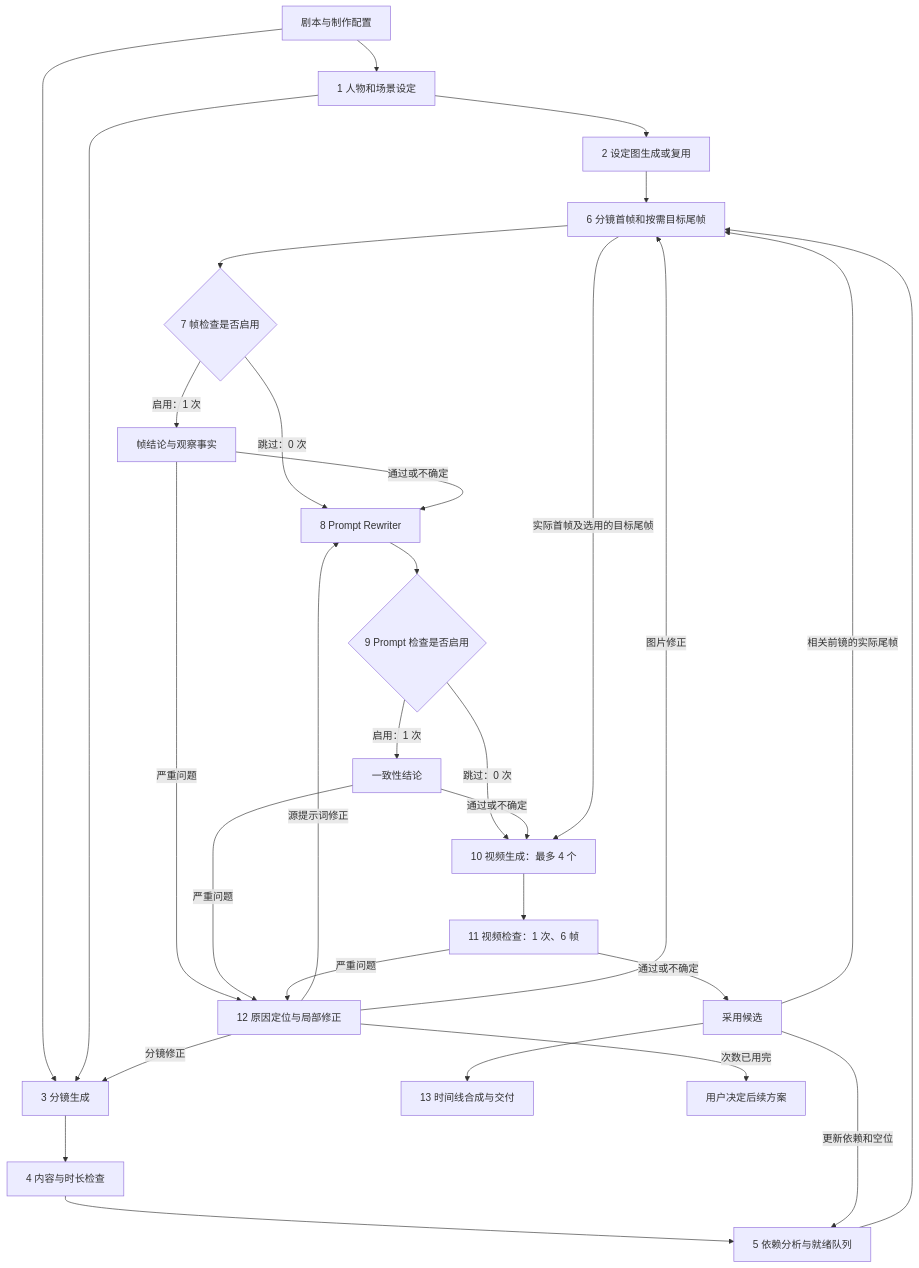
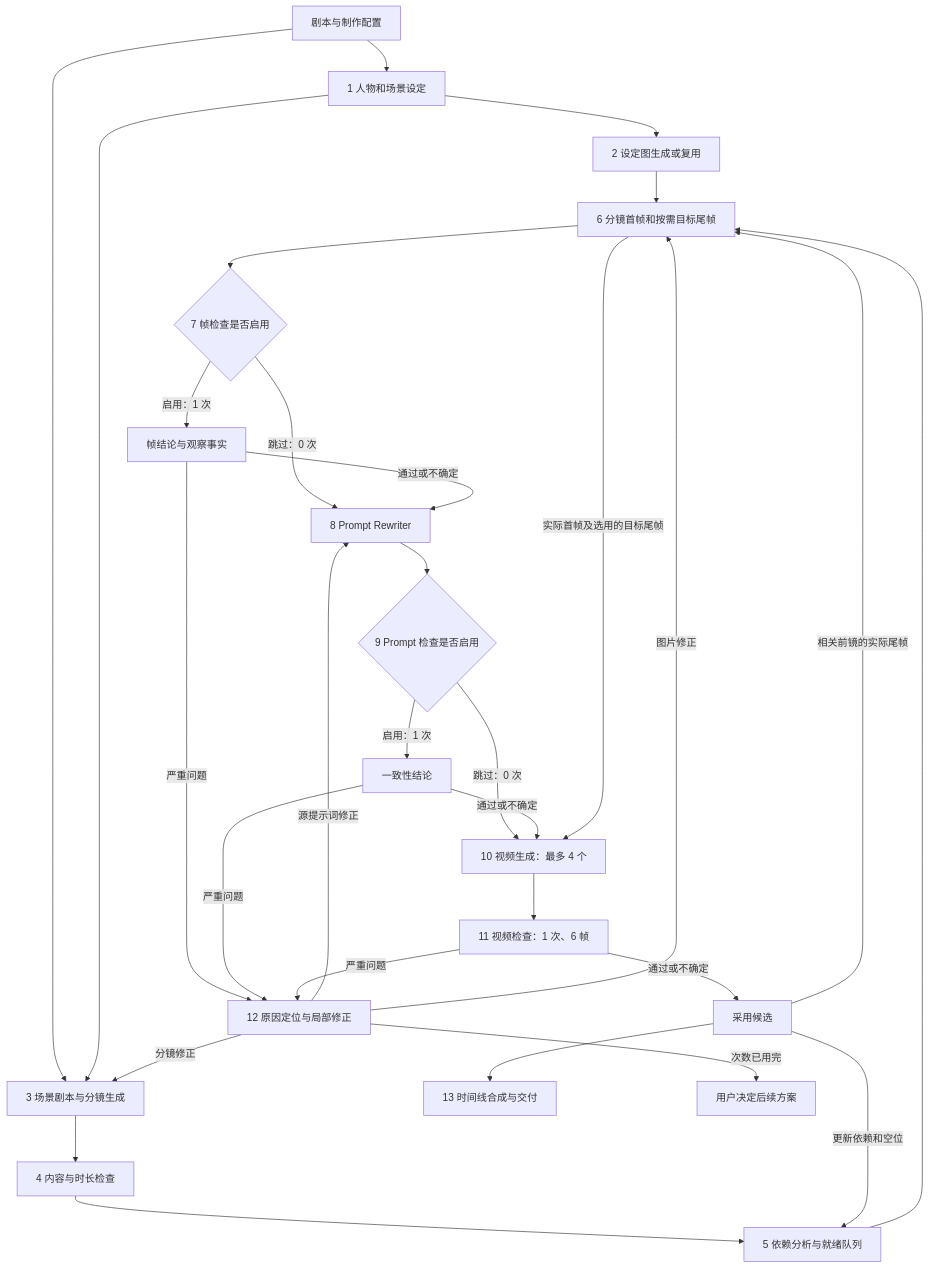
One commit to mooncity0126/story-video-skill changed the diagram in .agents/skills/produce-story-video/references/workflow.md. Above: the diagram before and after it, drawn with Mermaid. The commit also changed other lines of this file and 8 other files, not shown here.

````diff
--- a/.agents/skills/produce-story-video/references/workflow.md
+++ b/.agents/skills/produce-story-video/references/workflow.md
@@ -7,32 +7,32 @@
 ```mermaid
 flowchart TD
     A[剧本与制作配置] --> B[1 人物和场景设定]
     B --> C[2 设定图生成或复用]
-    A --> D[3 分镜生成]
+    A --> D[3 场景剧本与分镜生成]
     B --> D
     D --> E[4 内容与时长检查]
     E --> F[5 依赖分析与就绪队列]
     F --> G[6 分镜首帧和按需目标尾帧]
     C --> G
     G --> H{7 帧检查是否启用}
     H -->|启用：1 次| I[帧结论与观察事实]
     H -->|跳过：0 次| J[8 Prompt Rewriter]
     I -->|通过或不确定| J
     J --> K{9 Prompt 检查是否启用}
     K -->|启用：1 次| L[一致性结论]
     K -->|跳过：0 次| M[10 视频生成：最多 4 个]
     L -->|通过或不确定| M
     G -->|实际首帧及选用的目标尾帧| M
     M --> N[11 视频检查：1 次、6 帧]
     N -->|通过或不确定| O[采用候选]
     O -->|相关前镜的实际尾帧| G
     O -->|更新依赖和空位| F
     O --> P[13 时间线合成与交付]
     I -->|严重问题| R[12 原因定位与局部修正]
     L -->|严重问题| R
     N -->|严重问题| R
     R -->|源提示词修正| J
     R -->|图片修正| G
     R -->|分镜修正| D
     R -->|次数已用完| U[用户决定后续方案]
 ```
````
